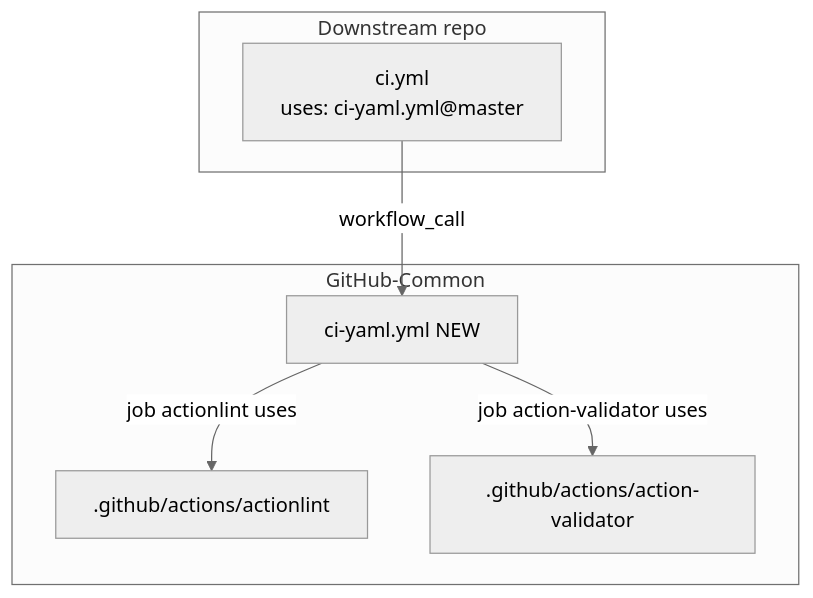
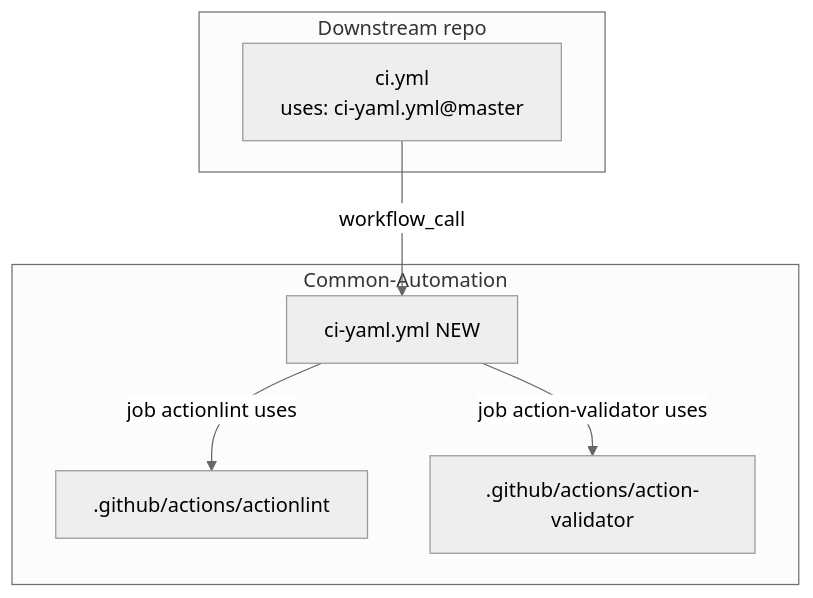
Before and after one commit to VitaliiAndreev/Common-Automation: the fifth of 5 diagrams in docs/dev/implementation/04-lint-yaml-workflows-and-actions/plan.md, drawn with Mermaid (neutral theme). The commit also changed other lines of this file and 37 other files, not shown here.

````diff
--- a/docs/dev/implementation/04-lint-yaml-workflows-and-actions/plan.md
+++ b/docs/dev/implementation/04-lint-yaml-workflows-and-actions/plan.md
@@ -270,14 +270,14 @@
 ```mermaid
 flowchart TD
-    subgraph repo[GitHub-Common]
+    subgraph repo[Common-Automation]
         wf2[ci-yaml.yml NEW]
         act_al[.github/actions/actionlint]
         act_av[.github/actions/action-validator]
     end
     subgraph downstream[Downstream repo]
         caller[ci.yml<br/>uses: ci-yaml.yml@master]
     end
     wf2 -->|job actionlint uses| act_al
     wf2 -->|job action-validator uses| act_av
     caller -->|workflow_call| wf2
 ```
````
